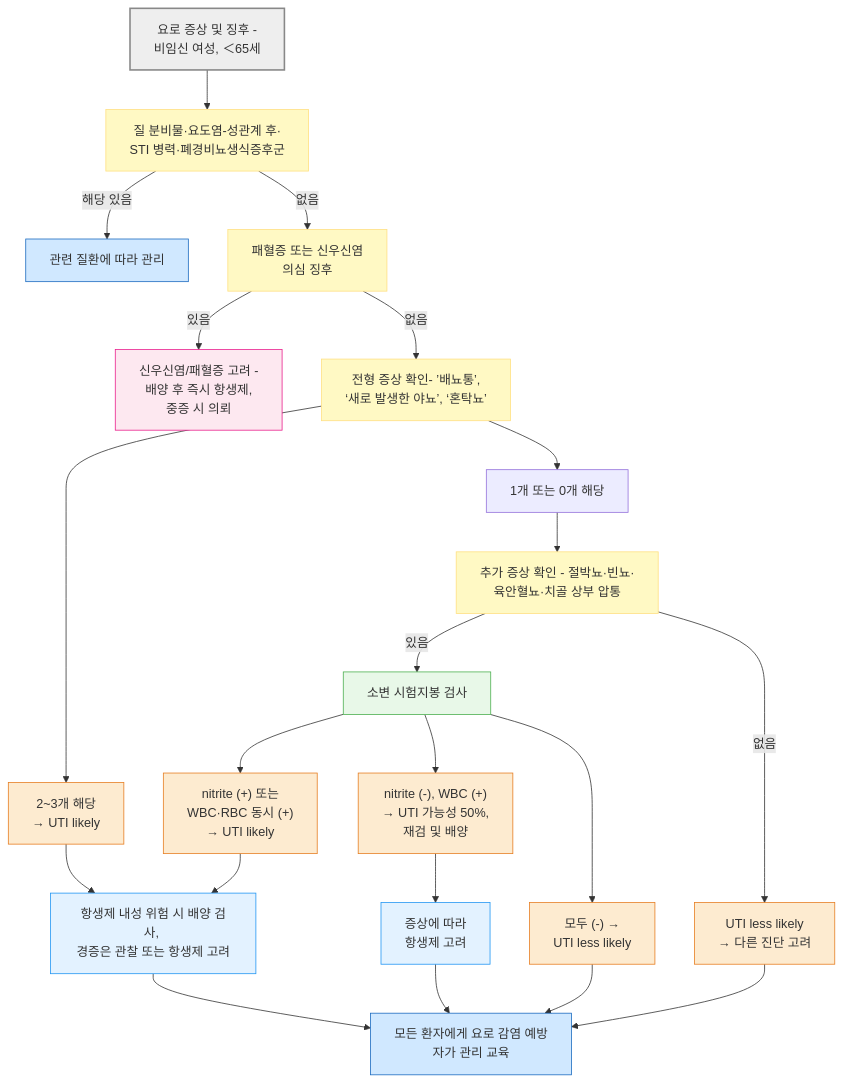
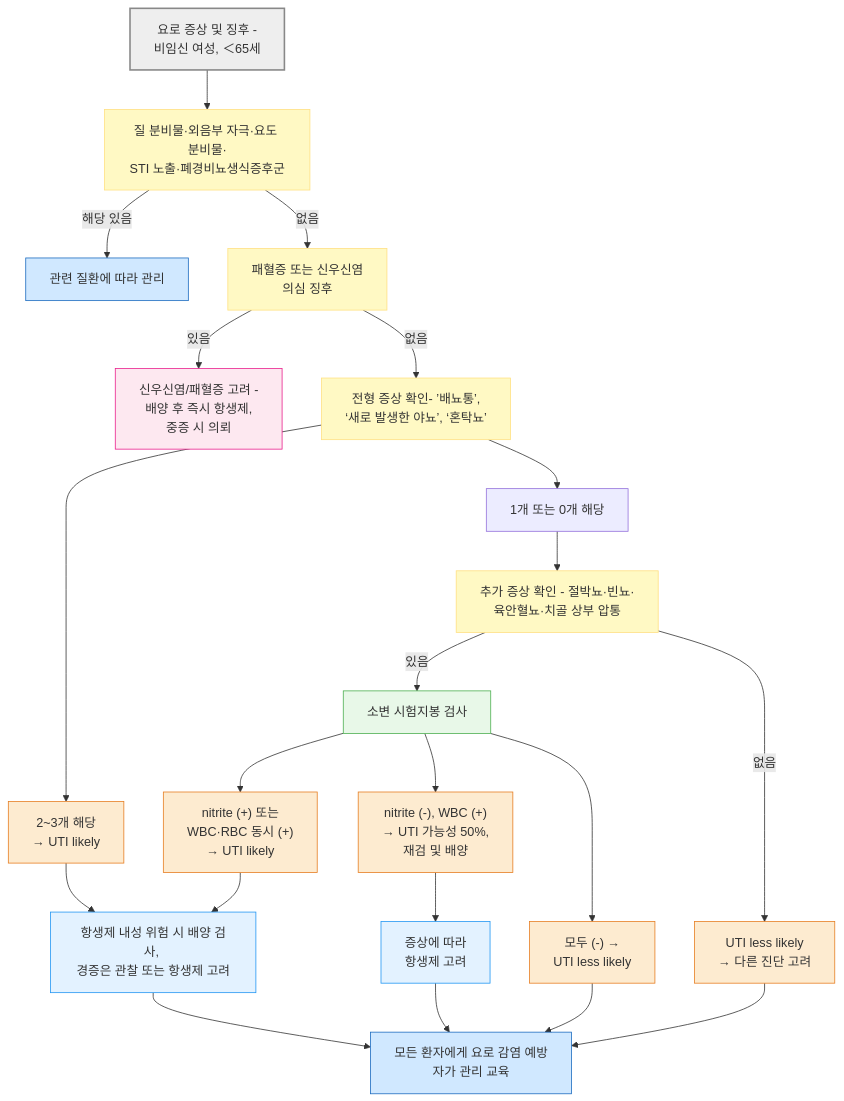
Before and after one commit to familyoh77/familyoh77: the first of 5 diagrams in 227_/113_-urinary-tract-infection.md, drawn with Mermaid. The commit also changed other lines of this file and 7 other files, not shown here.

````diff
--- a/227_/113_-urinary-tract-infection.md
+++ b/227_/113_-urinary-tract-infection.md
@@ -114,37 +113,37 @@
 ```mermaid
 graph TD
     A["요로 증상 및 징후 - <br/>비임신 여성, ＜65세"] --> 
-B["질 분비물·요도염-성관계 후·<br/>STI 병력·폐경비뇨생식증후군"]
+B["질 분비물·외음부 자극·요도 분비물·<br/>STI 노출·폐경비뇨생식증후군"]
     B -->|해당 있음| B1["관련 질환에 따라 관리"]
     B -->|없음| C["패혈증 또는 신우신염 <br/>의심 징후"]
     C -->|있음| C1["신우신염/패혈증 고려 - <br/>배양 후 즉시 항생제, <br/>중증 시 의뢰"]
     C -->|없음| D["전형 증상 확인- ’배뇨통’, <br/>‘새로 발생한 야뇨’, ‘혼탁뇨’"]
     D --> E["2~3개 해당 <br/>→ UTI likely"]
     D --> F["1개 또는 0개 해당"]
     F --> G["추가 증상 확인 - 절박뇨·빈뇨·<br/>육안혈뇨·치골 상부 압통"]
     G -->|있음| I["소변 시험지봉 검사"]
     I --> J["nitrite (+) 또는 <br/>WBC·RBC 동시 (+)<br/>→ UTI likely"]
     I --> K["nitrite (-), WBC (+) <br/>→ UTI 가능성 50%, <br/>재검 및 배양"]
     I --> L["모두 (-) →<br/>UTI less likely"]
     E --> M["항생제 내성 위험 시 배양 검사, <br/>경증은 관찰 또는 항생제 고려"]
     J --> M
     K --> N["증상에 따라 <br/>항생제 고려"]
     M --> O["모든 환자에게 요로 감염 예방<br/> 자가 관리 교육"]
     H --> O
     L --> O
     N --> O
     G -->|없음| H["UTI less likely <br/>→ 다른 진단 고려"]
 style A fill:#eeeeee,stroke:#888888,stroke-width:2px
 classDef yellow fill:#fff9c4,stroke:#ffe082
 class B,C,D,G yellow
 classDef lightGreen fill:#e8f8e8,stroke:#4caf50
 class I lightGreen
 classDef blue fill:#d0e8ff,stroke:#1a6abf
 class B1,O blue
 classDef pink fill:#fde8f0,stroke:#e91e8c
 class C1 pink
 classDef orange fill:#fdebd0,stroke:#e67e22
 class E,H,J,K,L orange
 classDef sky fill:#e3f2ff,stroke:#2196f3
 class N,M sky
 ```
````
